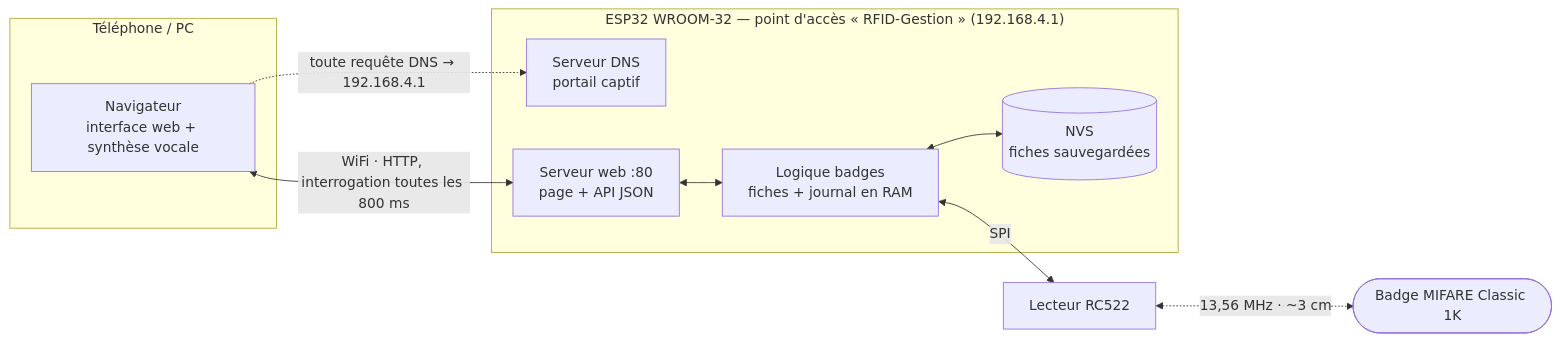
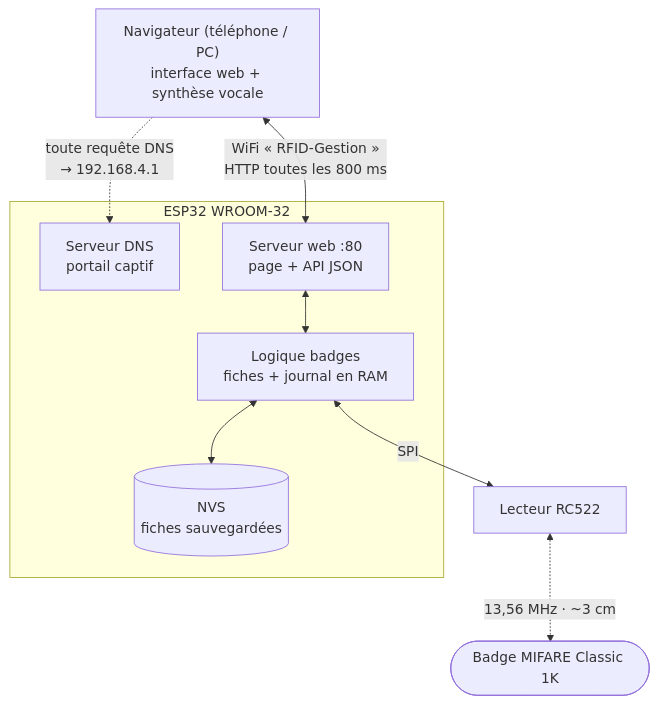
The first of 4 diagrams in README.md (mathyouadr/Prototype-Pointeuse), drawn with Mermaid before and after one commit.

Commit message:
README : diagramme d'architecture vertical, plus lisible

````diff
--- a/README.md
+++ b/README.md
@@ -93,21 +93,19 @@
 ```mermaid
-flowchart LR
-    subgraph CLIENT["Téléphone / PC"]
-        NAV["Navigateur<br/>interface web + synthèse vocale"]
-    end
-    subgraph ESP["ESP32 WROOM-32 — point d'accès « RFID-Gestion » (192.168.4.1)"]
+flowchart TB
+    NAV["Navigateur (téléphone / PC)<br/>interface web + synthèse vocale"]
+    subgraph ESP["ESP32 WROOM-32"]
         DNS["Serveur DNS<br/>portail captif"]
         WEB["Serveur web :80<br/>page + API JSON"]
         LOGIC["Logique badges<br/>fiches + journal en RAM"]
         NVS[("NVS<br/>fiches sauvegardées")]
     end
     RC["Lecteur RC522"]
     TAG(["Badge MIFARE Classic 1K"])
 
-    NAV -.->|"toute requête DNS → 192.168.4.1"| DNS
-    NAV <-->|"WiFi · HTTP, interrogation toutes les 800 ms"| WEB
+    NAV -.->|"toute requête DNS<br/>→ 192.168.4.1"| DNS
+    NAV <-->|"WiFi « RFID-Gestion »<br/>HTTP toutes les 800 ms"| WEB
     WEB <--> LOGIC
     LOGIC <--> NVS
     LOGIC <-->|"SPI"| RC
     RC <-.->|"13,56 MHz · ~3 cm"| TAG
 ```
````
